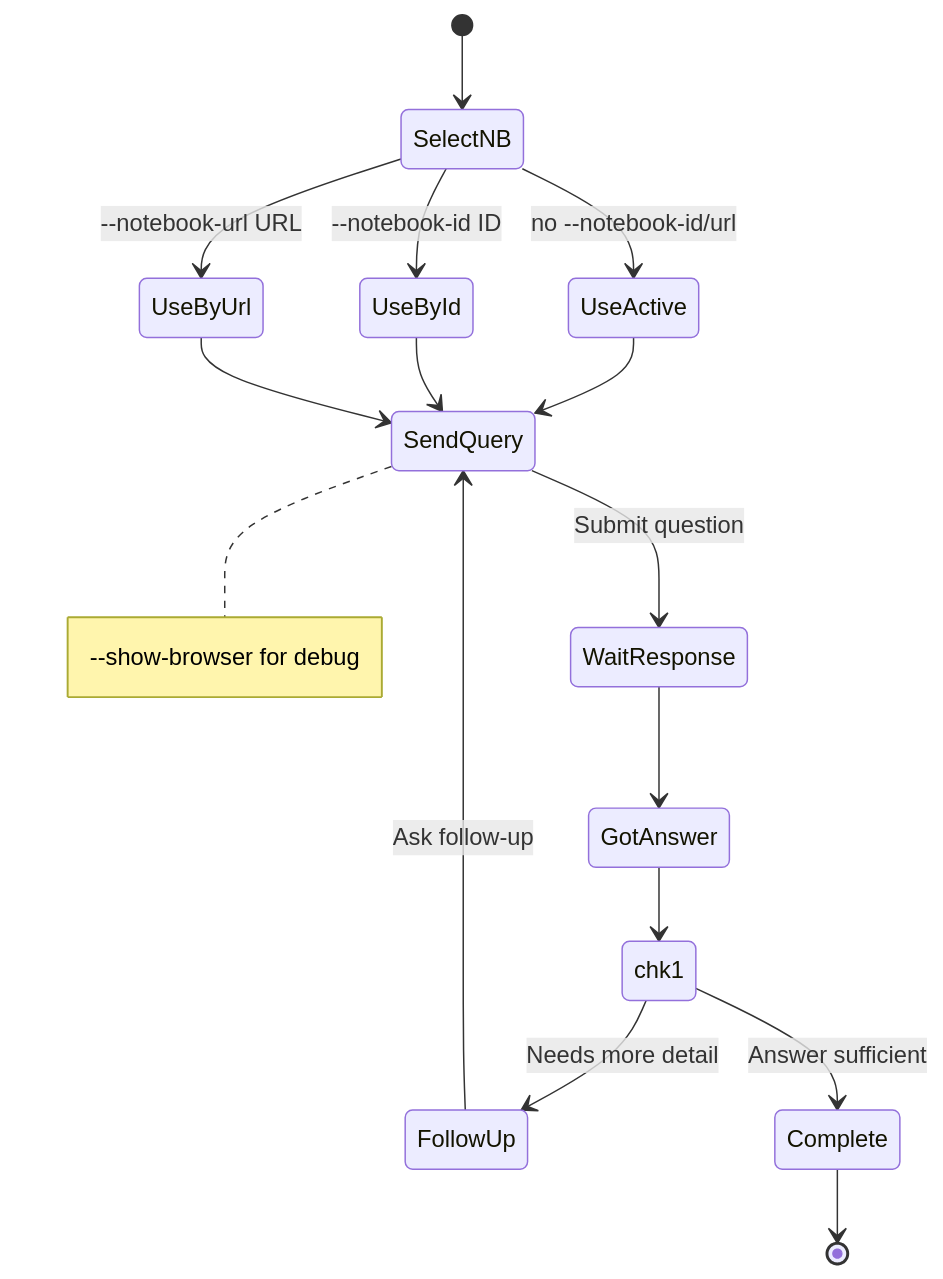
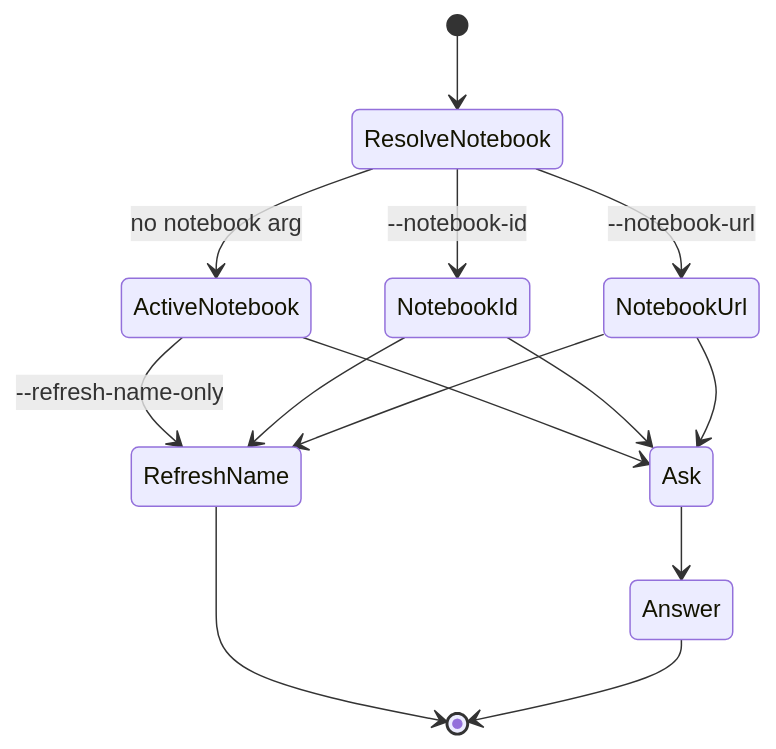
One commit to khengyun/notebooklm-experts-skill changed the fourth of 5 diagrams in references/api-reference.md. Above: the diagram before and after it, drawn with Mermaid. The commit also changed other lines of this file and 23 other files, not shown here.

````diff
--- a/references/api-reference.md
+++ b/references/api-reference.md
@@ -110,28 +166,21 @@
 ```mermaid
 stateDiagram-v2
-    [*] --> SelectNB
+    [*] --> ResolveNotebook
 
-    state SelectNB <<choice>>
-    SelectNB --> UseActive: no --notebook-id/url
-    SelectNB --> UseById: --notebook-id ID
-    SelectNB --> UseByUrl: --notebook-url URL
+    state ResolveNotebook <<choice>>
+    ResolveNotebook --> ActiveNotebook: no notebook arg
+    ResolveNotebook --> NotebookId: --notebook-id
+    ResolveNotebook --> NotebookUrl: --notebook-url
 
-    UseActive --> SendQuery
-    UseById --> SendQuery
-    UseByUrl --> SendQuery
+    ActiveNotebook --> Ask
+    NotebookId --> Ask
+    NotebookUrl --> Ask
 
-    SendQuery --> WaitResponse: Submit question
-    WaitResponse --> GotAnswer
+    ActiveNotebook --> RefreshName: --refresh-name-only
+    NotebookId --> RefreshName
+    NotebookUrl --> RefreshName
 
-    GotAnswer --> chk1
-    state chk1 <<choice>>
-    chk1 --> FollowUp: Needs more detail
-    chk1 --> Complete: Answer sufficient
-
-    FollowUp --> SendQuery: Ask follow-up
-    Complete --> [*]
-
-    note right of SendQuery
-        --show-browser for debug
-    end note
+    Ask --> Answer
+    RefreshName --> [*]
+    Answer --> [*]
 ```
````
